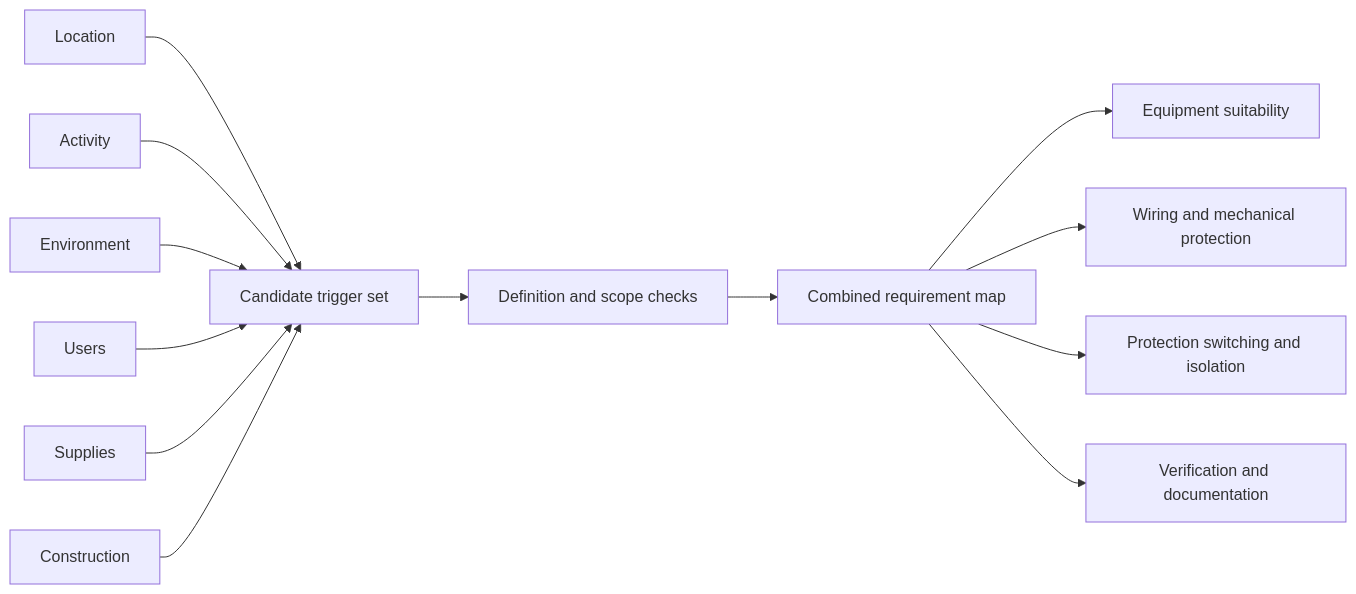
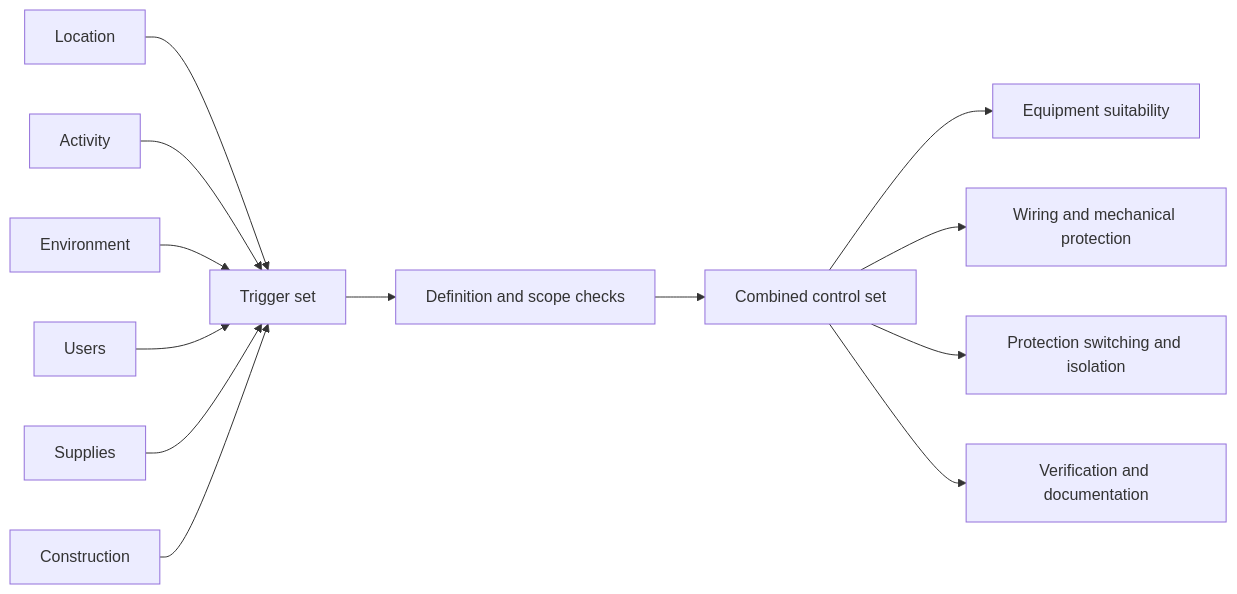
The second of 2 diagrams in docs/learning-plans/4-week/modules/day-18-other-special-installations-and-locations.md (andrew3stedall/capstone), drawn with Mermaid before and after one commit. The commit also changed other lines of this file, not shown here.

````diff
--- a/docs/learning-plans/4-week/modules/day-18-other-special-installations-and-locations.md
+++ b/docs/learning-plans/4-week/modules/day-18-other-special-installations-and-locations.md
@@ -159,15 +132,15 @@
 ```mermaid
 flowchart LR
-    L["Location"] --> T["Candidate trigger set"]
+    L["Location"] --> T["Trigger set"]
     A["Activity"] --> T
     E["Environment"] --> T
     U["Users"] --> T
     S["Supplies"] --> T
     C["Construction"] --> T
     T --> D["Definition and scope checks"]
-    D --> M["Combined requirement map"]
+    D --> M["Combined control set"]
     M --> Q["Equipment suitability"]
     M --> W["Wiring and mechanical protection"]
     M --> P["Protection switching and isolation"]
     M --> V["Verification and documentation"]
 ```
````
